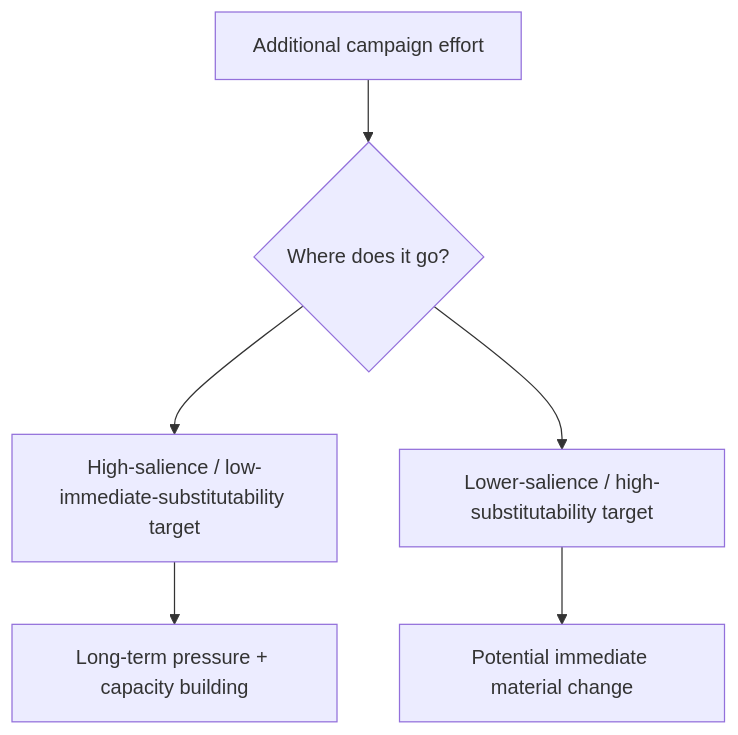
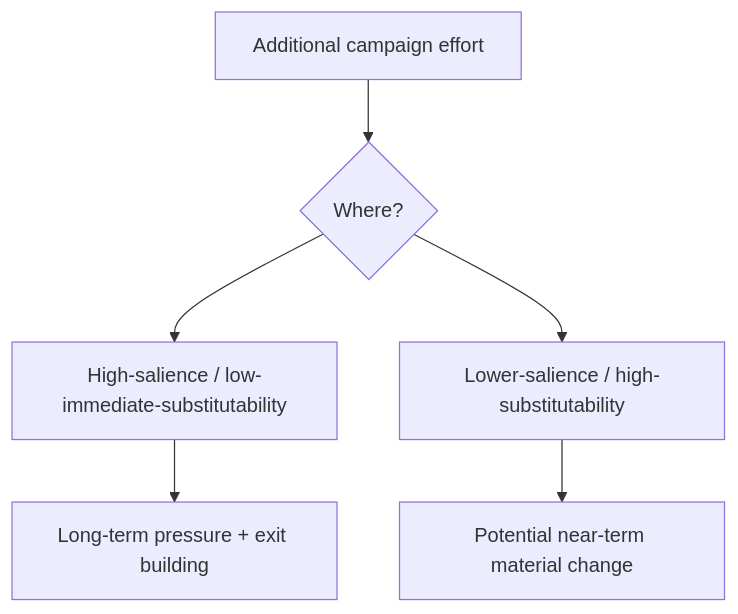
One commit to josefsbreakfast/Polaris-Protocol changed the tenth of 14 diagrams in 🌓_3_In_The_Moment/📲_Press_Matters/🇵🇸_Palestine_Factchecking/🌍_Global_Powers/💸_incentivising_behavioural_change_and_bds.md. Above: the diagram before and after it, drawn with Mermaid. The commit also changed other lines of this file, not shown here.

````diff
--- a/🌓_3_In_The_Moment/📲_Press_Matters/🇵🇸_Palestine_Factchecking/🌍_Global_Powers/💸_incentivising_behavioural_change_and_bds.md
+++ b/🌓_3_In_The_Moment/📲_Press_Matters/🇵🇸_Palestine_Factchecking/🌍_Global_Powers/💸_incentivising_behavioural_change_and_bds.md
@@ -625,11 +428,11 @@
 ```mermaid
 flowchart TD
     A[Additional campaign effort]
-    --> B{Where does it go?}
+    --> B{Where?}
 
-    B --> C[High-salience / low-immediate-substitutability target]
-    B --> D[Lower-salience / high-substitutability target]
+    B --> C[High-salience / low-immediate-substitutability]
+    B --> D[Lower-salience / high-substitutability]
 
-    C --> E[Long-term pressure + capacity building]
-    D --> F[Potential immediate material change]
+    C --> E[Long-term pressure + exit building]
+    D --> F[Potential near-term material change]
 ```
````
